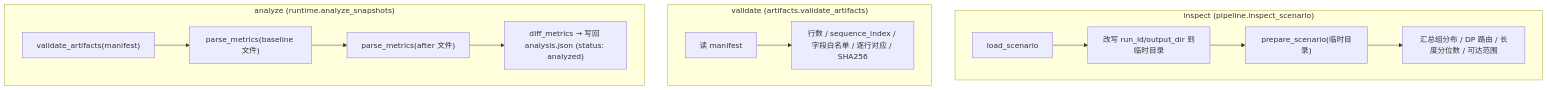
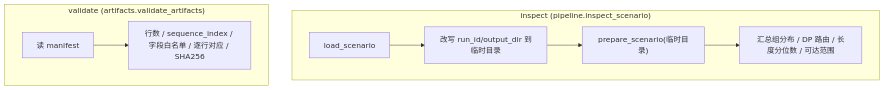
Before and after one commit to AISBench/benchmark: the third of 4 diagrams in plugins/prefix_cache/ARCHITECTURE.md, drawn with Mermaid. The commit also changed other lines of this file and 22 other files, not shown here.

````diff
--- a/plugins/prefix_cache/ARCHITECTURE.md
+++ b/plugins/prefix_cache/ARCHITECTURE.md
@@ -225,16 +113,11 @@
 ```mermaid
 flowchart TB
     subgraph INSPECT["inspect (pipeline.inspect_scenario)"]
         I1["load_scenario"] --> I2["改写 run_id/output_dir 到临时目录"]
         I2 --> I3["prepare_scenario(临时目录)"]
         I3 --> I4["汇总组分布 / DP 路由 / 长度分位数 / 可达范围"]
     end
     subgraph VALIDATE["validate (artifacts.validate_artifacts)"]
         V1["读 manifest"] --> V2["行数 / sequence_index / 字段白名单 / 逐行对应 / SHA256"]
     end
-    subgraph ANALYZE["analyze (runtime.analyze_snapshots)"]
-        A1["validate_artifacts(manifest)"] --> A2["parse_metrics(baseline 文件)"]
-        A2 --> A3["parse_metrics(after 文件)"]
-        A3 --> A4["diff_metrics → 写回 analysis.json (status: analyzed)"]
-    end
 ```
````
